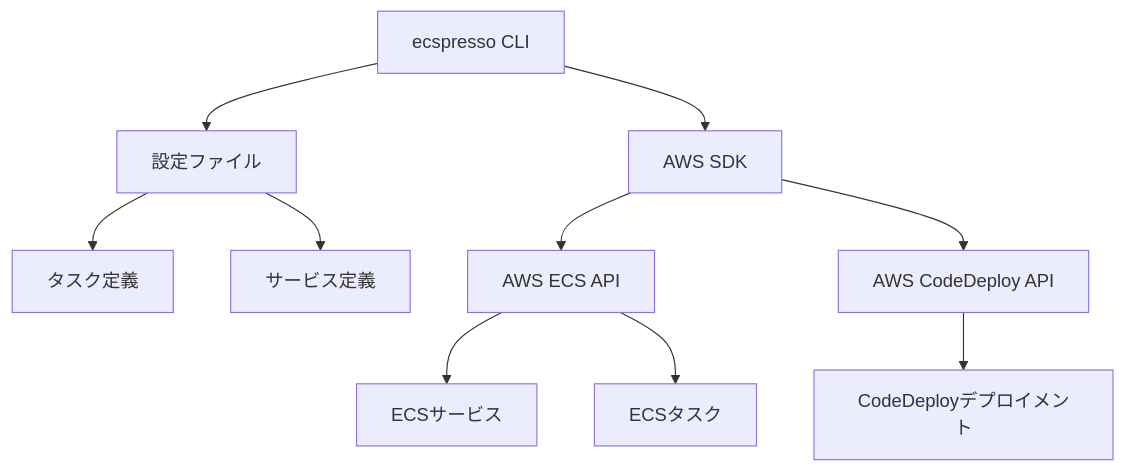
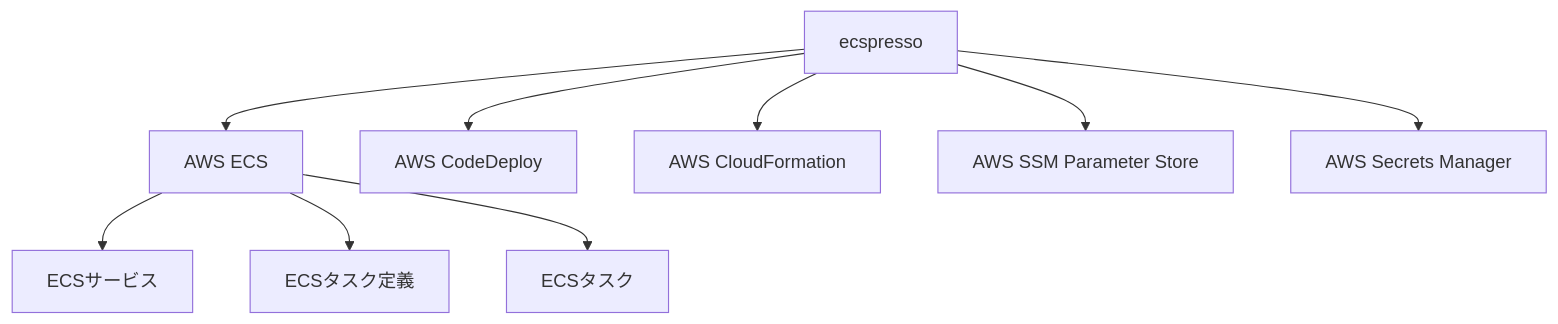
Before and after one commit to bufferings/devin-docs: the diagram in ecspresso/introduction/about.md, drawn with Mermaid. The commit also changed other lines of this file and 31 other files, not shown here.

````diff
--- a/ecspresso/introduction/about.md
+++ b/ecspresso/introduction/about.md
@@ -38,12 +23,11 @@
 ```mermaid
 graph TD
-    A[ecspresso CLI] --> B[設定ファイル]
-    B --> C[タスク定義]
-    B --> D[サービス定義]
-    A --> E[AWS SDK]
-    E --> F[AWS ECS API]
-    E --> G[AWS CodeDeploy API]
-    F --> H[ECSサービス]
-    F --> I[ECSタスク]
-    G --> J[CodeDeployデプロイメント]
+    A[ecspresso] --> B[AWS ECS]
+    A --> C[AWS CodeDeploy]
+    A --> D[AWS CloudFormation]
+    A --> E[AWS SSM Parameter Store]
+    A --> F[AWS Secrets Manager]
+    B --> G[ECSサービス]
+    B --> H[ECSタスク定義]
+    B --> I[ECSタスク]
 ```
````
